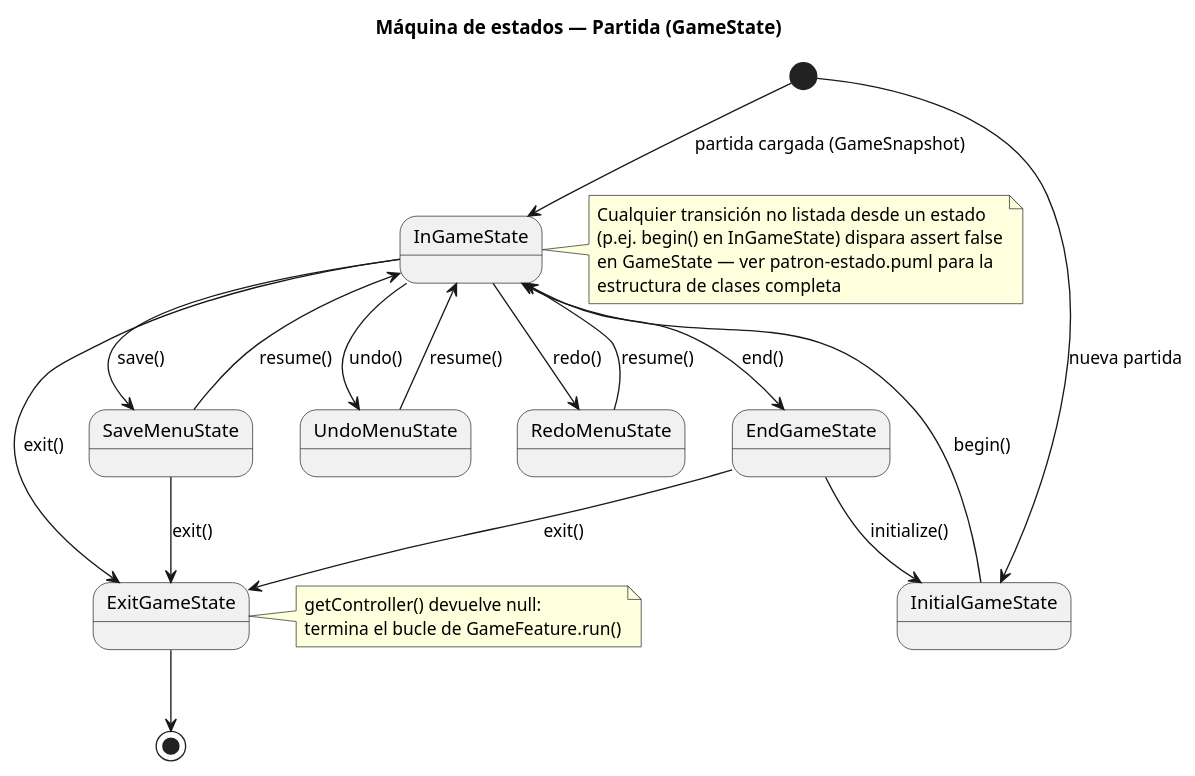
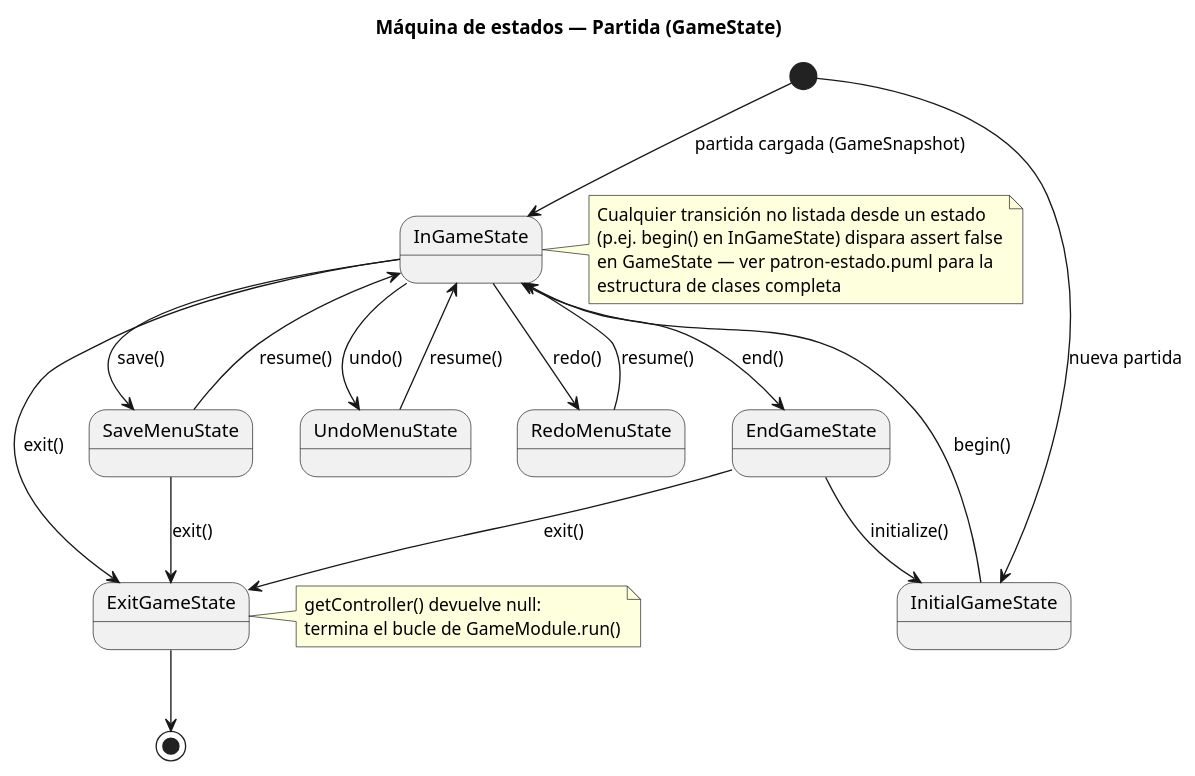
One commit to pcarroza/tictactoe-java changed the diagram in docs/4+1views/logica/estados/diagrama-estados-partida.puml. Above: the diagram before and after it, drawn with PlantUML. The commit also changed 396 other files, not shown here.

```diff
--- a/docs/4+1views/logica/estados/diagrama-estados-partida.puml
+++ b/docs/4+1views/logica/estados/diagrama-estados-partida.puml
@@ -1,40 +1,40 @@
 @startuml diagrama-estados-partida
 title Máquina de estados — Partida (GameState)
 
 [*] --> InitialGameState : nueva partida
 [*] --> InGameState : partida cargada (GameSnapshot)
 
 state InitialGameState
 state InGameState
 state SaveMenuState
 state UndoMenuState
 state RedoMenuState
 state EndGameState
 state ExitGameState
 
 InitialGameState --> InGameState : begin()
 InGameState --> EndGameState : end()
 InGameState --> SaveMenuState : save()
 InGameState --> UndoMenuState : undo()
 InGameState --> RedoMenuState : redo()
 InGameState --> ExitGameState : exit()
 SaveMenuState --> InGameState : resume()
 SaveMenuState --> ExitGameState : exit()
 UndoMenuState --> InGameState : resume()
 RedoMenuState --> InGameState : resume()
 EndGameState --> InitialGameState : initialize()
 EndGameState --> ExitGameState : exit()
 ExitGameState --> [*]
 
 note right of ExitGameState
   getController() devuelve null:
-  termina el bucle de GameFeature.run()
+  termina el bucle de GameModule.run()
 end note
 
 note right of InGameState
   Cualquier transición no listada desde un estado
   (p.ej. begin() en InGameState) dispara assert false
   en GameState — ver patron-estado.puml para la
   estructura de clases completa
 end note
 @enduml
```
